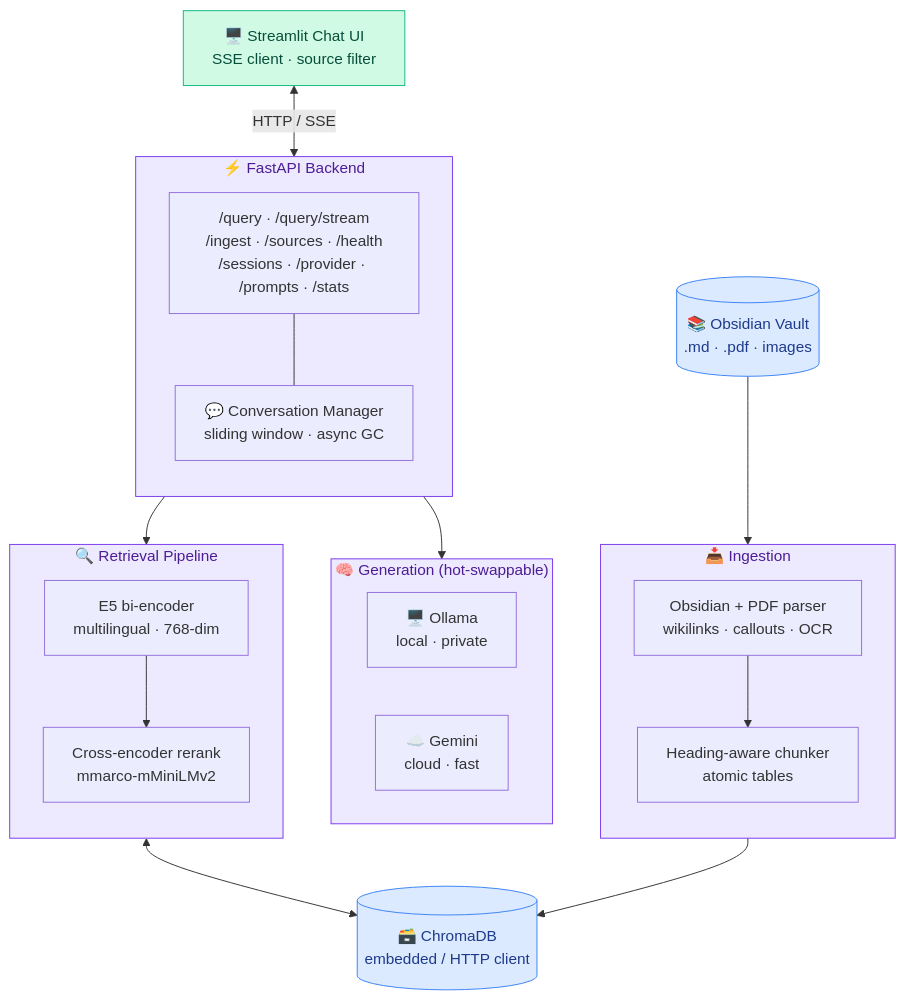
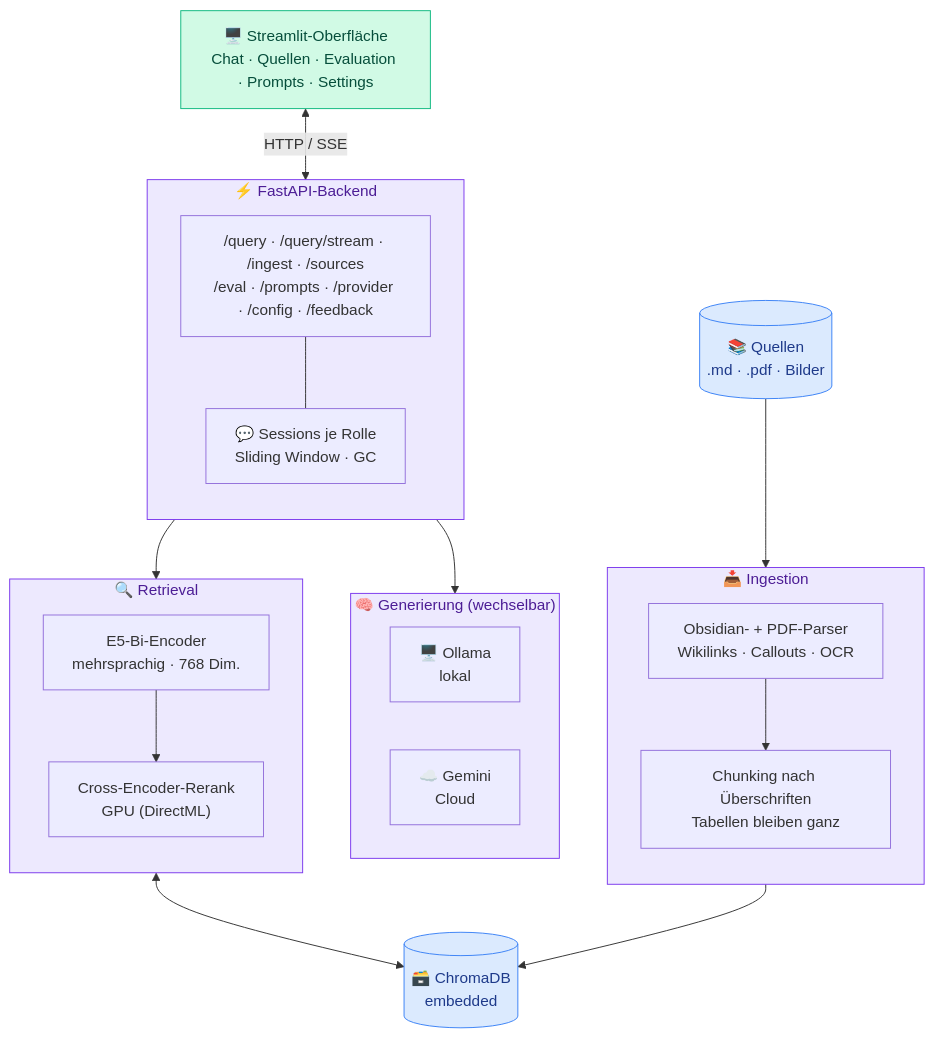
Before and after one commit to FabianHentrich/lorekeeper: the diagram in README.md, drawn with Mermaid. The commit also changed other lines of this file and 15 other files, not shown here.

````diff
--- a/README.md
+++ b/README.md
@@ -110,48 +86,48 @@
 ```mermaid
 flowchart TB
-    UI["🖥️ Streamlit Chat UI<br/>SSE client · source filter"]
+    UI["🖥️ Streamlit-Oberfläche<br/>Chat · Quellen · Evaluation · Prompts · Settings"]
 
-    subgraph API["⚡ FastAPI Backend"]
+    subgraph API["⚡ FastAPI-Backend"]
         direction TB
-        ROUTES["/query · /query/stream<br/>/ingest · /sources · /health<br/>/sessions · /provider · /prompts · /stats"]
-        CONV["💬 Conversation Manager<br/>sliding window · async GC"]
+        ROUTES["/query · /query/stream · /ingest · /sources<br/>/eval · /prompts · /provider · /config · /feedback"]
+        CONV["💬 Sessions je Rolle<br/>Sliding Window · GC"]
         ROUTES --- CONV
     end
 
-    subgraph RAG["🔍 Retrieval Pipeline"]
+    subgraph RAG["🔍 Retrieval"]
         direction TB
-        EMBED["E5 bi-encoder<br/>multilingual · 768-dim"]
-        RERANK["Cross-encoder rerank<br/>mmarco-mMiniLMv2"]
+        EMBED["E5-Bi-Encoder<br/>mehrsprachig · 768 Dim."]
+        RERANK["Cross-Encoder-Rerank<br/>GPU (DirectML)"]
         EMBED --> RERANK
     end
 
-    subgraph GEN["🧠 Generation (hot-swappable)"]
+    subgraph GEN["🧠 Generierung (wechselbar)"]
         direction LR
-        OLLAMA["🖥️ Ollama<br/>local · private"]
-        GEMINI["☁️ Gemini<br/>cloud · fast"]
+        OLLAMA["🖥️ Ollama<br/>lokal"]
+        GEMINI["☁️ Gemini<br/>Cloud"]
     end
 
     subgraph INGEST["📥 Ingestion"]
         direction TB
-        PARSE["Obsidian + PDF parser<br/>wikilinks · callouts · OCR"]
-        CHUNK["Heading-aware chunker<br/>atomic tables"]
+        PARSE["Obsidian- + PDF-Parser<br/>Wikilinks · Callouts · OCR"]
+        CHUNK["Chunking nach Überschriften<br/>Tabellen bleiben ganz"]
         PARSE --> CHUNK
     end
 
-    VAULT[("📚 Obsidian Vault<br/>.md · .pdf · images")]
-    CHROMA[("🗃️ ChromaDB<br/>embedded / HTTP client")]
+    VAULT[("📚 Quellen<br/>.md · .pdf · Bilder")]
+    CHROMA[("🗃️ ChromaDB<br/>embedded")]
 
     UI <-->|HTTP / SSE| API
     API --> RAG
     API --> GEN
     RAG <--> CHROMA
     VAULT --> INGEST
     INGEST --> CHROMA
 
     classDef store fill:#dbeafe,stroke:#3b82f6,color:#1e3a8a
     classDef svc fill:#ede9fe,stroke:#7c3aed,color:#4c1d95
     classDef ui fill:#d1fae5,stroke:#10b981,color:#064e3b
     class CHROMA,VAULT store
     class API,RAG,GEN,INGEST svc
     class UI ui
 ```
````
